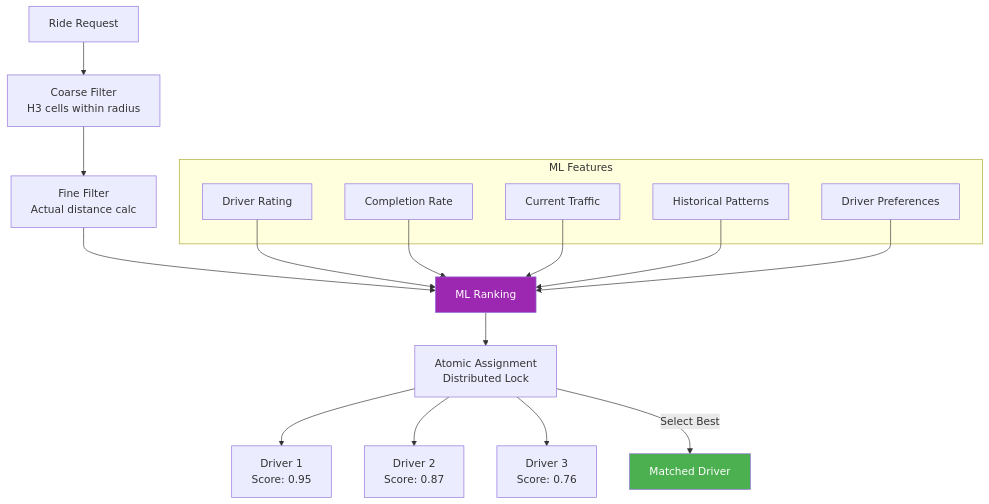
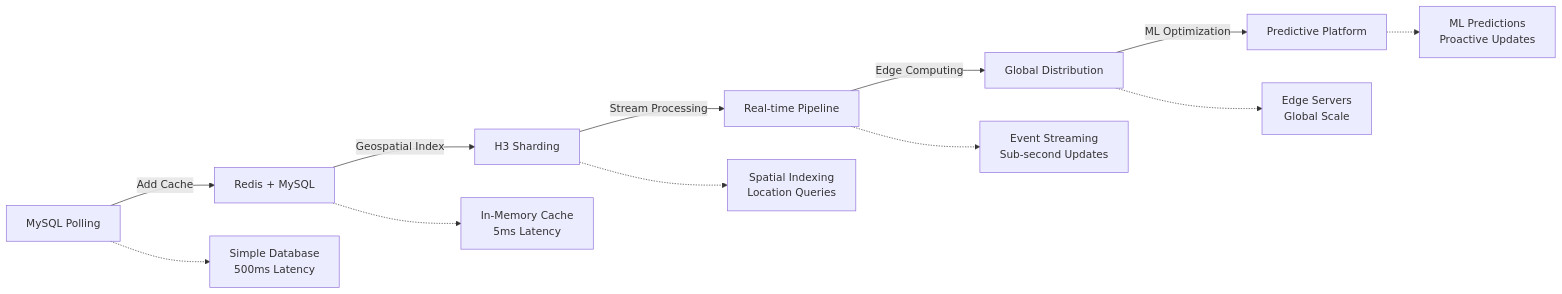
The second of 2 diagrams in docs/case-studies/uber-location.md (deepaucksharma/DStudio), drawn with Mermaid before and after one commit. The commit also changed other lines of this file and 282 other files, not shown here.

````diff
--- a/docs/case-studies/uber-location.md
+++ b/docs/case-studies/uber-location.md
@@ -651,26 +188,15 @@
 ```mermaid
-flowchart TD
-    RR[Ride Request] --> CF[Coarse Filter<br/>H3 cells within radius]
-    CF --> FF[Fine Filter<br/>Actual distance calc]
-    FF --> ML[ML Ranking]
+graph LR
+    A[MySQL Polling] -->|Add Cache| B[Redis + MySQL]
+    B -->|Geospatial Index| C[H3 Sharding]
+    C -->|Stream Processing| D[Real-time Pipeline]
+    D -->|Edge Computing| E[Global Distribution]
+    E -->|ML Optimization| F[Predictive Platform]
     
-    subgraph "ML Features"
-        F1[Driver Rating]
-        F2[Completion Rate]
-        F3[Current Traffic]
-        F4[Historical Patterns]
-        F5[Driver Preferences]
-    end
-    
-    F1 & F2 & F3 & F4 & F5 --> ML
-    
-    ML --> AS[Atomic Assignment<br/>Distributed Lock]
-    AS --> D1[Driver 1<br/>Score: 0.95]
-    AS --> D2[Driver 2<br/>Score: 0.87]
-    AS --> D3[Driver 3<br/>Score: 0.76]
-    
-    AS -->|Select Best| MATCH[Matched Driver]
-    
-    style ML fill:#9c27b0,color:#fff
-    style MATCH fill:#4caf50,color:#fff
+    A -.-> A1[Simple Database<br/>500ms Latency]
+    B -.-> B1[In-Memory Cache<br/>5ms Latency]
+    C -.-> C1[Spatial Indexing<br/>Location Queries]
+    D -.-> D1[Event Streaming<br/>Sub-second Updates]
+    E -.-> E1[Edge Servers<br/>Global Scale]
+    F -.-> F1[ML Predictions<br/>Proactive Updates]
 ```
````
